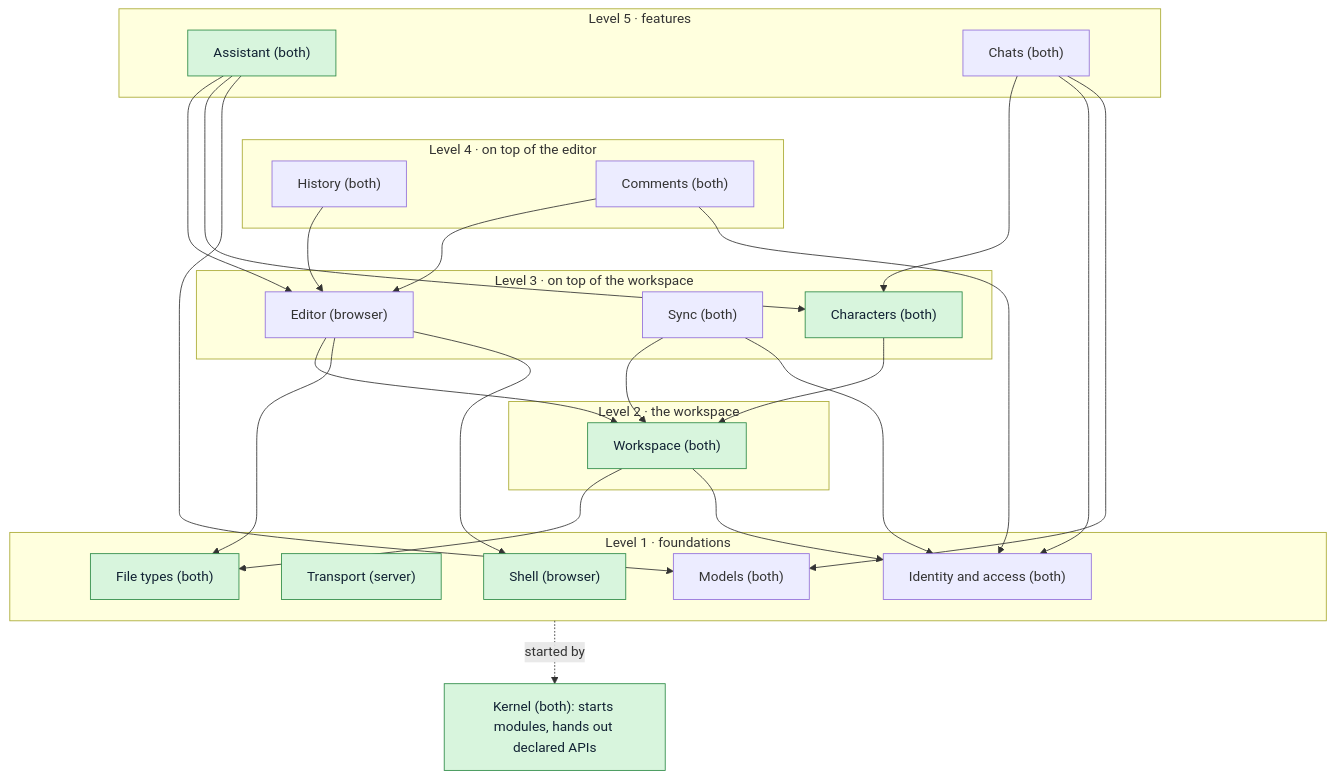
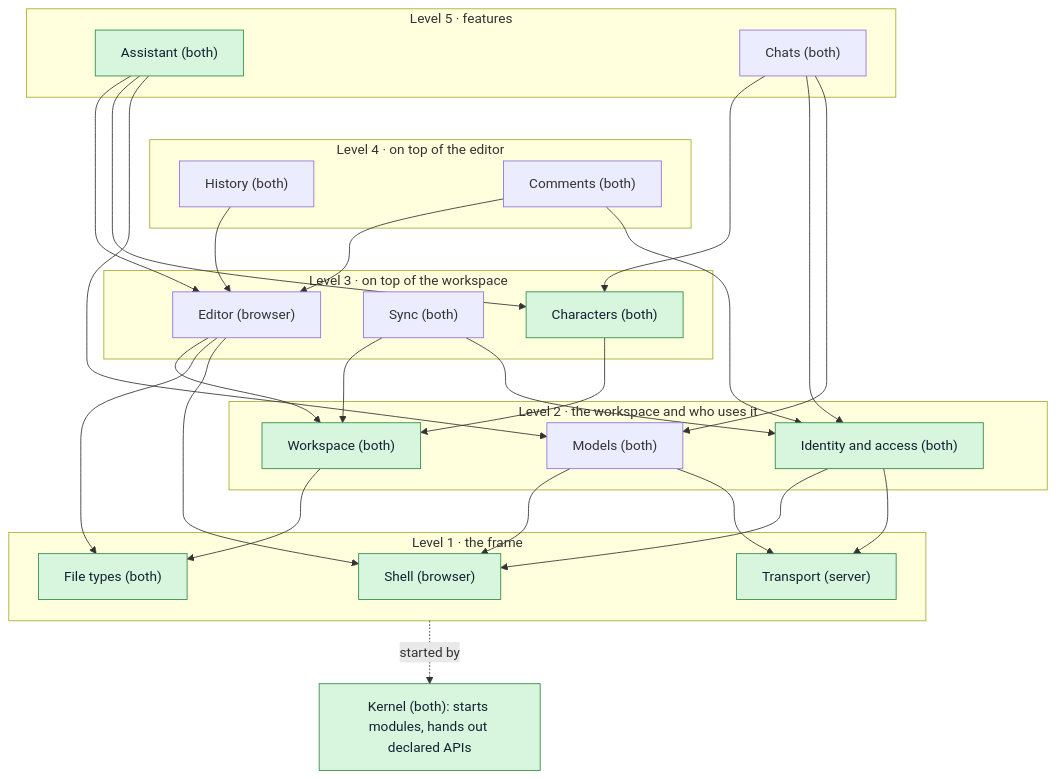
Before and after one commit to RustColeone/StiloMarker: the first of 5 diagrams in docs/ARCHITECTURE.md, drawn with Mermaid. The commit also changed other lines of this file and 46 other files, not shown here.

````diff
--- a/docs/ARCHITECTURE.md
+++ b/docs/ARCHITECTURE.md
@@ -46,41 +52,43 @@
 ```mermaid
 flowchart TB
   subgraph L5["Level 5 · features"]
     Assistant["Assistant (both)"]
     Chats["Chats (both)"]
   end
   subgraph L4["Level 4 · on top of the editor"]
     History["History (both)"]
     Comments["Comments (both)"]
   end
   subgraph L3["Level 3 · on top of the workspace"]
     Editor["Editor (browser)"]
     Sync["Sync (both)"]
     Characters["Characters (both)"]
   end
-  subgraph L2["Level 2 · the workspace"]
+  subgraph L2["Level 2 · the workspace and who uses it"]
     Workspace["Workspace (both)"]
+    Identity["Identity and access (both)"]
+    Models["Models (both)"]
   end
-  subgraph L1["Level 1 · foundations"]
+  subgraph L1["Level 1 · the frame"]
     Shell["Shell (browser)"]
     Transport["Transport (server)"]
-    Identity["Identity and access (both)"]
     FileTypes["File types (both)"]
-    Models["Models (both)"]
   end
   Kernel["Kernel (both): starts modules, hands out declared APIs"]
 
   Assistant --> Editor & Characters & Models
   Chats --> Characters & Identity & Models
   History --> Editor
   Comments --> Editor & Identity
   Editor --> Workspace & FileTypes & Shell
   Characters --> Workspace
   Sync --> Workspace & Identity
-  Workspace --> FileTypes & Identity
+  Workspace --> FileTypes
+  Identity --> Shell & Transport
+  Models --> Shell & Transport
   L1 -.started by.-> Kernel
   L5 ~~~ L4 ~~~ L3 ~~~ L2 ~~~ L1
 
   classDef built fill:#d8f5dd,stroke:#2e8b47,color:#123;
-  class Shell,Transport,FileTypes,Workspace,Characters,Assistant,Kernel built;
+  class Shell,Transport,FileTypes,Workspace,Identity,Characters,Assistant,Kernel built;
 ```
````
